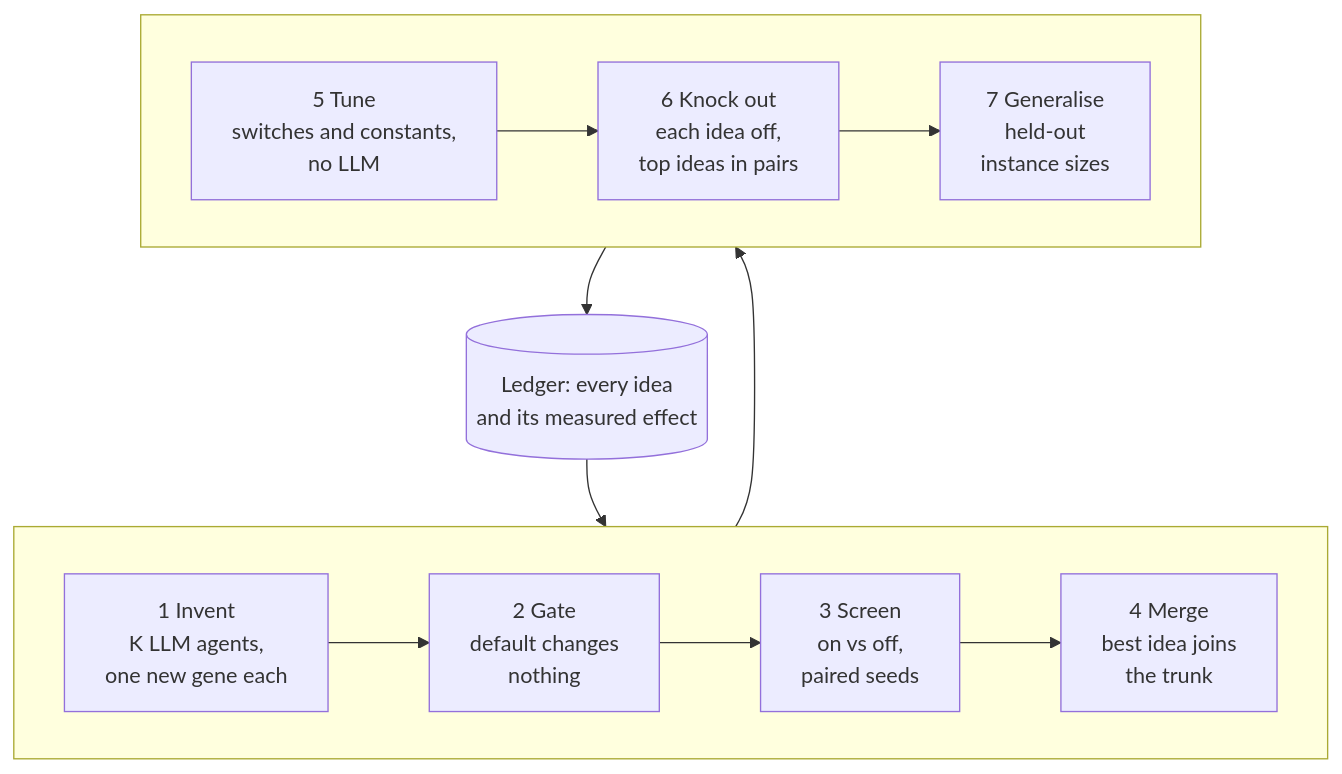
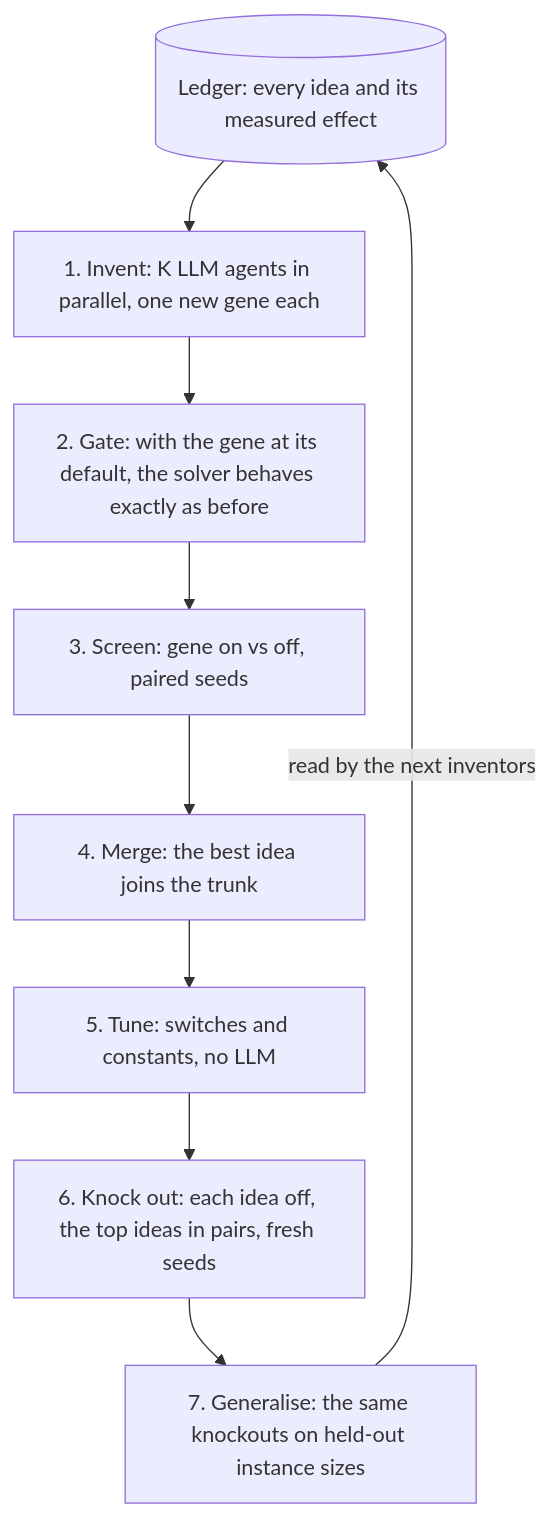
The diagram in README.md (hashkanna/mendel-evolve), drawn with Mermaid before and after one commit.

Commit message:
README: loop diagram as a top-to-bottom chain
Claude-Session: https://claude.ai/code/session_01HSdx7AmrScJ1XGWL81HwQ7

````diff
--- a/README.md
+++ b/README.md
@@ -63,15 +63,11 @@
 ```mermaid
-flowchart TB
-    L[("Ledger: every idea<br/>and its measured effect")]
-    subgraph propose [" "]
-        direction LR
-        I["1 Invent<br/>K LLM agents,<br/>one new gene each"] --> G["2 Gate<br/>default changes<br/>nothing"] --> S["3 Screen<br/>on vs off,<br/>paired seeds"] --> M["4 Merge<br/>best idea joins<br/>the trunk"]
-    end
-    subgraph measure [" "]
-        direction LR
-        T["5 Tune<br/>switches and constants,<br/>no LLM"] --> K["6 Knock out<br/>each idea off,<br/>top ideas in pairs"] --> X["7 Generalise<br/>held-out<br/>instance sizes"]
-    end
-    L --> I
-    M --> T
-    X --> L
+flowchart TD
+    L[("Ledger: every idea and its measured effect")] --> I["1. Invent: K LLM agents in parallel, one new gene each"]
+    I --> G["2. Gate: with the gene at its default, the solver behaves exactly as before"]
+    G --> S["3. Screen: gene on vs off, paired seeds"]
+    S --> M["4. Merge: the best idea joins the trunk"]
+    M --> T["5. Tune: switches and constants, no LLM"]
+    T --> K["6. Knock out: each idea off, the top ideas in pairs, fresh seeds"]
+    K --> X["7. Generalise: the same knockouts on held-out instance sizes"]
+    X -->|"read by the next inventors"| L
 ```
````
